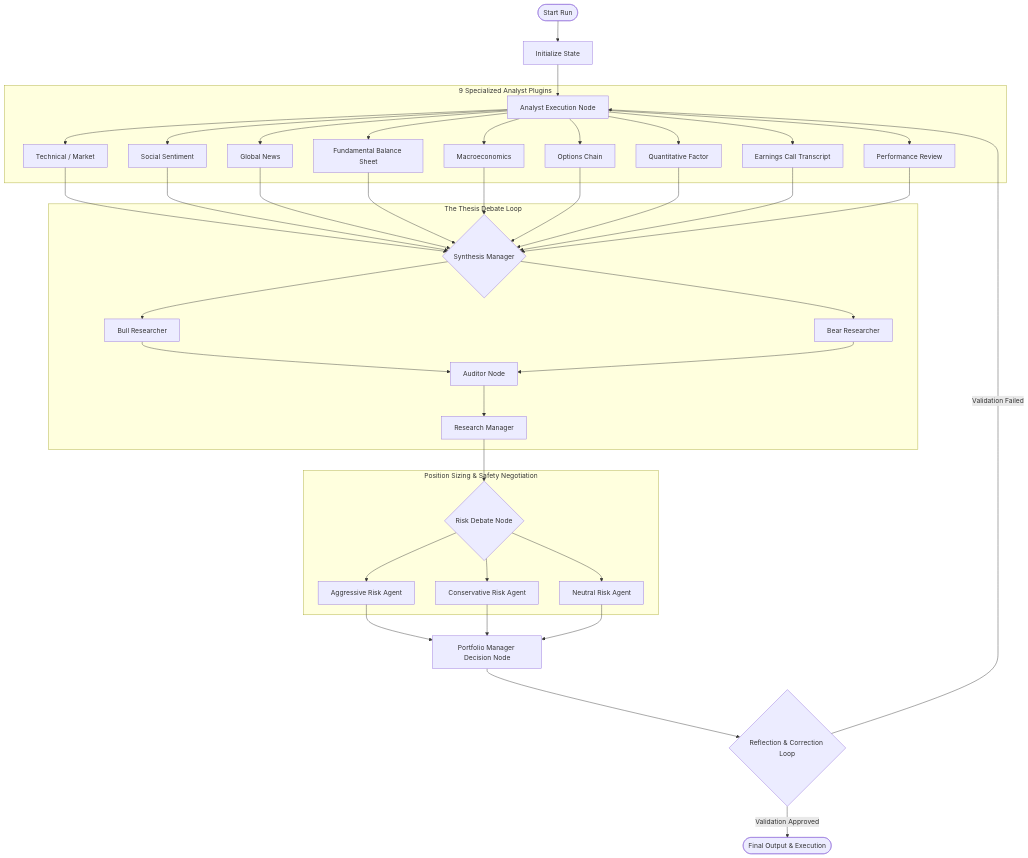
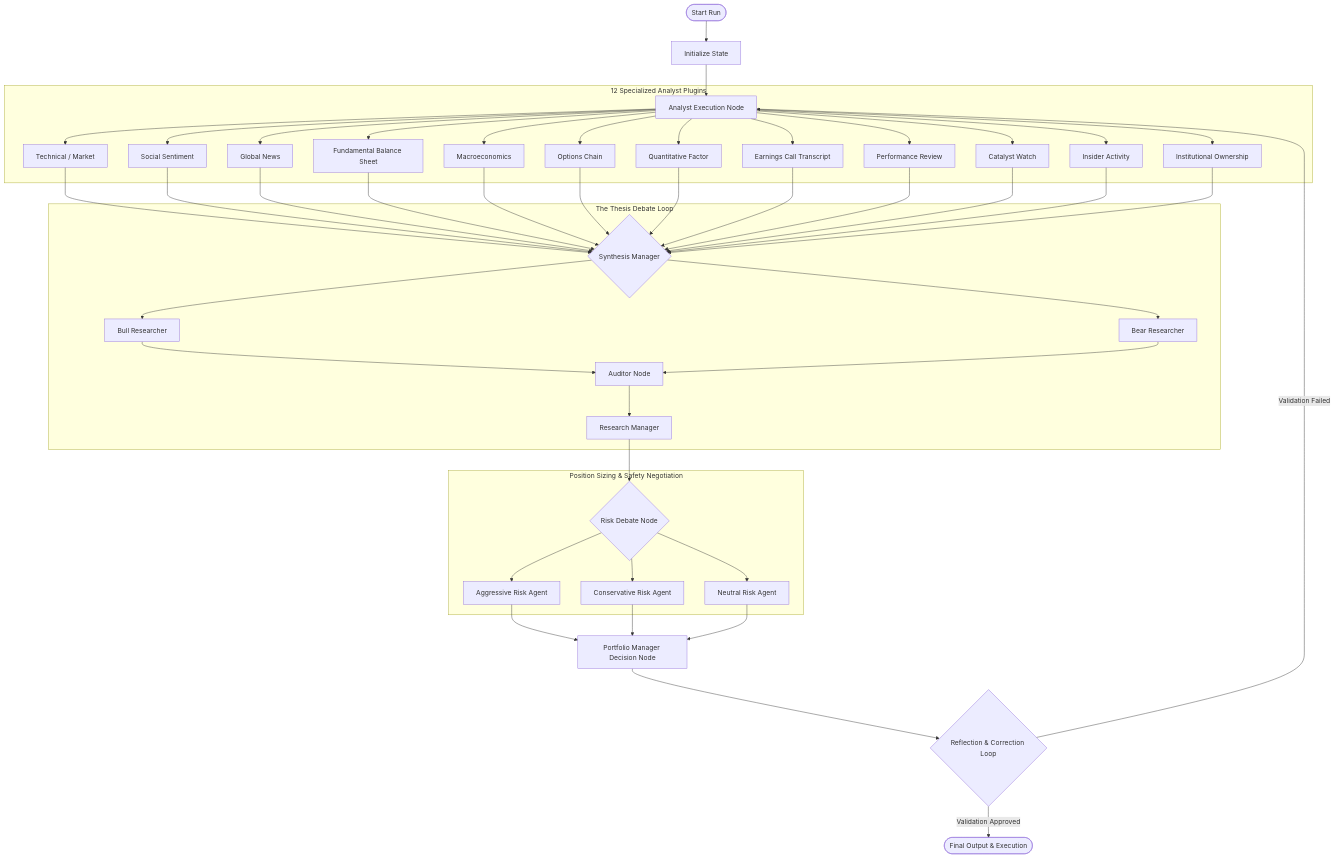
Before and after one commit to JustSadY/TradingAgents: the diagram in backend/trading_agents/README.md, drawn with Mermaid. The commit also changed other lines of this file and 14 other files, not shown here.

````diff
--- a/backend/trading_agents/README.md
+++ b/backend/trading_agents/README.md
@@ -13,39 +13,42 @@
 ```mermaid
 graph TD
     Start([Start Run]) --> InitState[Initialize State]
     InitState --> AnalystExecution[Analyst Execution Node]
     
-    subgraph Analysts [9 Specialized Analyst Plugins]
+    subgraph Analysts [12 Specialized Analyst Plugins]
         AnalystExecution --> A1[Technical / Market]
         AnalystExecution --> A2[Social Sentiment]
         AnalystExecution --> A3[Global News]
         AnalystExecution --> A4[Fundamental Balance Sheet]
         AnalystExecution --> A5[Macroeconomics]
         AnalystExecution --> A6[Options Chain]
         AnalystExecution --> A7[Quantitative Factor]
         AnalystExecution --> A8[Earnings Call Transcript]
         AnalystExecution --> A9[Performance Review]
+        AnalystExecution --> A10[Catalyst Watch]
+        AnalystExecution --> A11[Insider Activity]
+        AnalystExecution --> A12[Institutional Ownership]
     end
     
-    A1 & A2 & A3 & A4 & A5 & A6 & A7 & A8 & A9 --> SynthesisManager{Synthesis Manager}
+    A1 & A2 & A3 & A4 & A5 & A6 & A7 & A8 & A9 & A10 & A11 & A12 --> SynthesisManager{Synthesis Manager}
     
     subgraph Debate [The Thesis Debate Loop]
         SynthesisManager --> Bull[Bull Researcher]
         SynthesisManager --> Bear[Bear Researcher]
         Bull & Bear --> Auditor[Auditor Node]
         Auditor --> Judge[Research Manager]
     end
     
     Judge --> RiskDebate{Risk Debate Node}
     
     subgraph Risk [Position Sizing & Safety Negotiation]
         RiskDebate --> RA[Aggressive Risk Agent]
         RiskDebate --> RC[Conservative Risk Agent]
         RiskDebate --> RN[Neutral Risk Agent]
     end
     
     RA & RC & RN --> FinalExecution[Portfolio Manager Decision Node]
     FinalExecution --> Reflection{Reflection & Correction Loop}
     Reflection -->|Validation Failed| AnalystExecution
     Reflection -->|Validation Approved| EndNode([Final Output & Execution])
 ```
````
